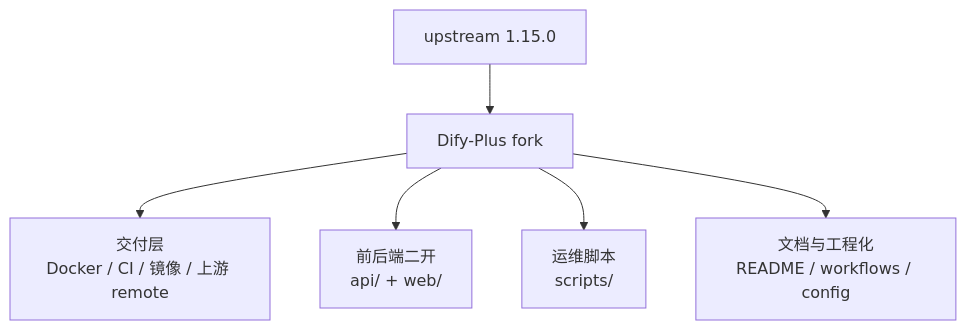
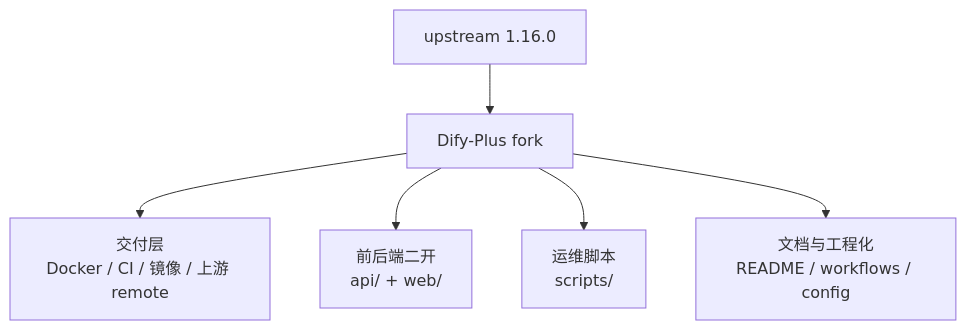
Before and after one commit to YFGaia/dify-plus: the first of 2 diagrams in docs/dify-plus/与上游差异总表.md, drawn with Mermaid. The commit also changed other lines of this file and 8 other files, not shown here.

````diff
--- a/docs/dify-plus/与上游差异总表.md
+++ b/docs/dify-plus/与上游差异总表.md
@@ -16,8 +16,8 @@
 ```mermaid
 flowchart TB
-  O[upstream 1.15.0] --> F[Dify-Plus fork]
+  O[upstream 1.16.0] --> F[Dify-Plus fork]
   F --> D1[交付层\nDocker / CI / 镜像 / 上游 remote]
   F --> D3[前后端二开\napi/ + web/]
   F --> D4[运维脚本\nscripts/]
   F --> D5[文档与工程化\nREADME / workflows / config]
 ```
````
